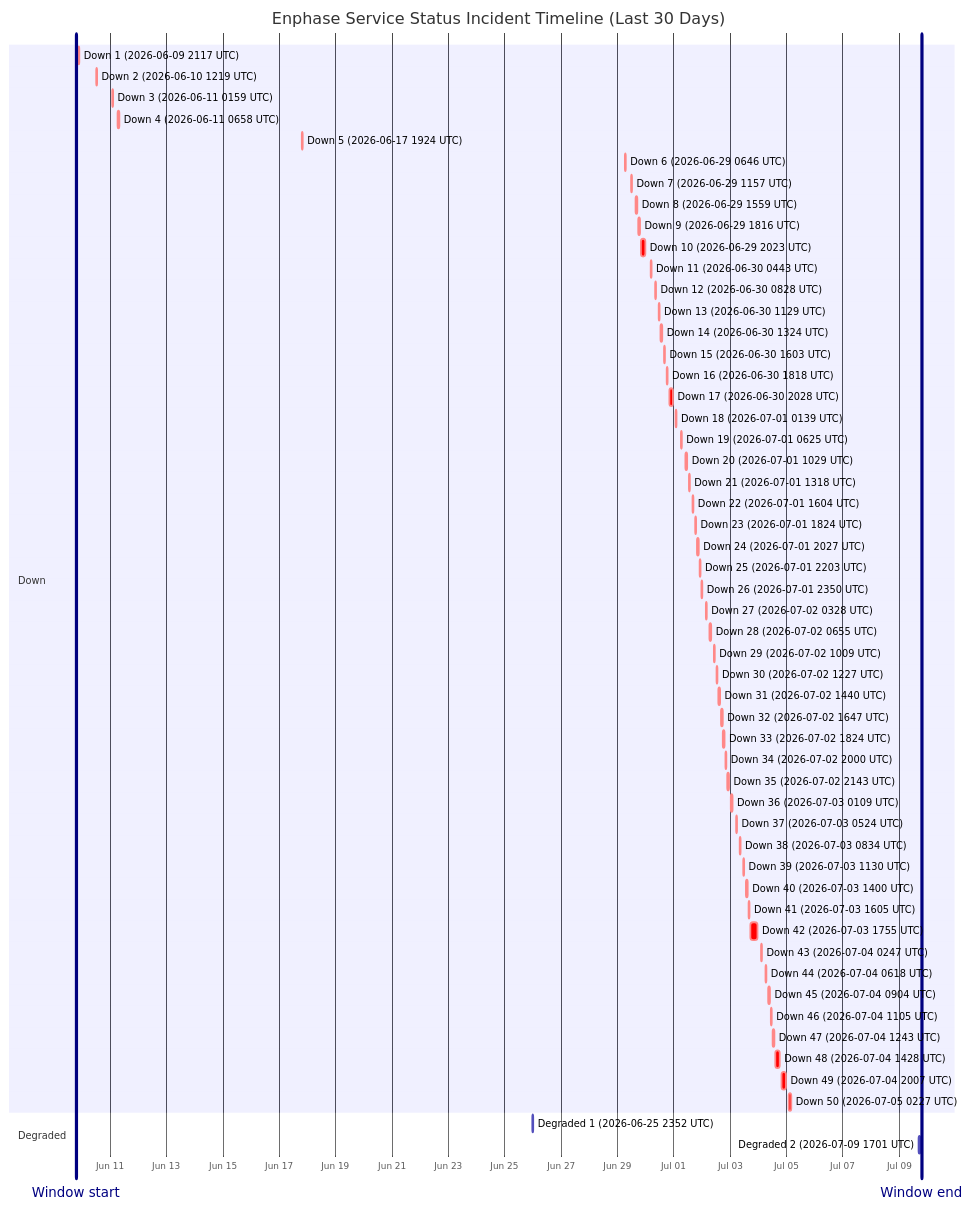
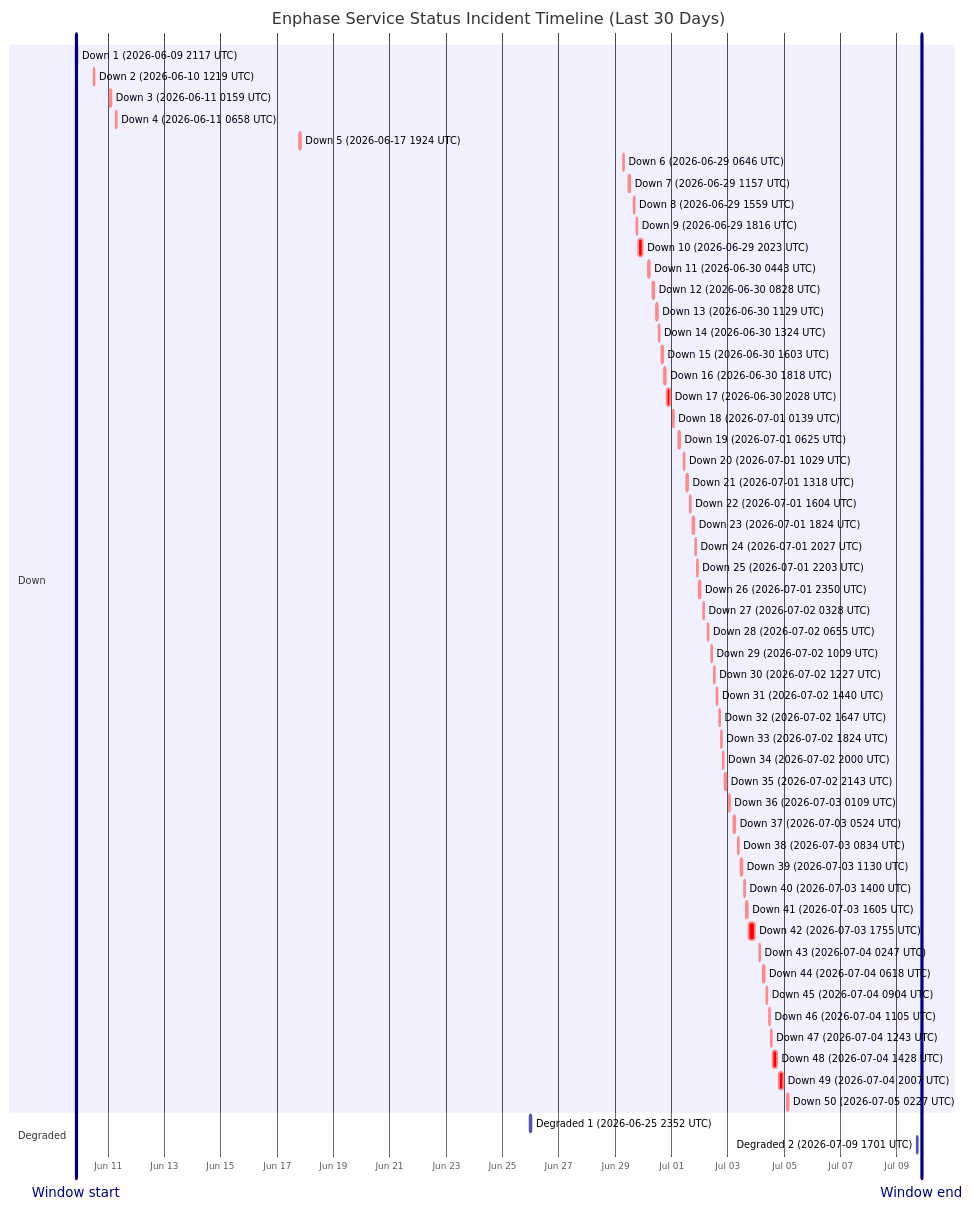
One commit to barneyonline/ha-enphase-energy changed the diagram in wiki/Service-Status-History.md. Above: the diagram before and after it, drawn with Mermaid. The commit also changed other lines of this file and 3 other files, not shown here.

````diff
--- a/wiki/Service-Status-History.md
+++ b/wiki/Service-Status-History.md
@@ -14,62 +14,62 @@
 ```mermaid
 gantt
     title Enphase Service Status Incident Timeline (Last 30 Days)
     dateFormat  YYYY-MM-DDTHH:mm:ss
     axisFormat  %b %d
-    Window start :vert, window-start, 2026-06-09T19:07:11, 0ms
-    Window end :vert, window-end, 2026-07-09T19:07:11, 0ms
+    Window start :vert, window-start, 2026-06-09T21:02:42, 0ms
+    Window end :vert, window-end, 2026-07-09T21:02:42, 0ms
     section Down
     Down 1 (2026-06-09 2117 UTC) :crit, down-1, 2026-06-09T21:17:17, 60m
     Down 2 (2026-06-10 1219 UTC) :crit, down-2, 2026-06-10T12:19:21, 60m
     Down 3 (2026-06-11 0159 UTC) :crit, down-3, 2026-06-11T01:59:36, 60m
     Down 4 (2026-06-11 0658 UTC) :crit, down-4, 2026-06-11T06:58:45, 60m
     Down 5 (2026-06-17 1924 UTC) :crit, down-5, 2026-06-17T19:24:51, 60m
     Down 6 (2026-06-29 0646 UTC) :crit, down-6, 2026-06-29T06:46:18, 60m
     Down 7 (2026-06-29 1157 UTC) :crit, down-7, 2026-06-29T11:57:36, 60m
     Down 8 (2026-06-29 1559 UTC) :crit, down-8, 2026-06-29T15:59:02, 60m
     Down 9 (2026-06-29 1816 UTC) :crit, down-9, 2026-06-29T18:16:38, 60m
     Down 10 (2026-06-29 2023 UTC) :crit, down-10, 2026-06-29T20:23:16, 220m
     Down 11 (2026-06-30 0443 UTC) :crit, down-11, 2026-06-30T04:43:54, 60m
     Down 12 (2026-06-30 0828 UTC) :crit, down-12, 2026-06-30T08:28:43, 60m
     Down 13 (2026-06-30 1129 UTC) :crit, down-13, 2026-06-30T11:29:15, 60m
     Down 14 (2026-06-30 1324 UTC) :crit, down-14, 2026-06-30T13:24:25, 60m
     Down 15 (2026-06-30 1603 UTC) :crit, down-15, 2026-06-30T16:03:26, 60m
     Down 16 (2026-06-30 1818 UTC) :crit, down-16, 2026-06-30T18:18:39, 60m
     Down 17 (2026-06-30 2028 UTC) :crit, down-17, 2026-06-30T20:28:54, 171m
     Down 18 (2026-07-01 0139 UTC) :crit, down-18, 2026-07-01T01:39:18, 60m
     Down 19 (2026-07-01 0625 UTC) :crit, down-19, 2026-07-01T06:25:35, 60m
     Down 20 (2026-07-01 1029 UTC) :crit, down-20, 2026-07-01T10:29:24, 60m
     Down 21 (2026-07-01 1318 UTC) :crit, down-21, 2026-07-01T13:18:31, 60m
     Down 22 (2026-07-01 1604 UTC) :crit, down-22, 2026-07-01T16:04:29, 60m
     Down 23 (2026-07-01 1824 UTC) :crit, down-23, 2026-07-01T18:24:21, 60m
     Down 24 (2026-07-01 2027 UTC) :crit, down-24, 2026-07-01T20:27:17, 60m
     Down 25 (2026-07-01 2203 UTC) :crit, down-25, 2026-07-01T22:03:46, 60m
     Down 26 (2026-07-01 2350 UTC) :crit, down-26, 2026-07-01T23:50:52, 60m
     Down 27 (2026-07-02 0328 UTC) :crit, down-27, 2026-07-02T03:28:33, 60m
     Down 28 (2026-07-02 0655 UTC) :crit, down-28, 2026-07-02T06:55:07, 60m
     Down 29 (2026-07-02 1009 UTC) :crit, down-29, 2026-07-02T10:09:15, 60m
     Down 30 (2026-07-02 1227 UTC) :crit, down-30, 2026-07-02T12:27:49, 60m
     Down 31 (2026-07-02 1440 UTC) :crit, down-31, 2026-07-02T14:40:53, 60m
     Down 32 (2026-07-02 1647 UTC) :crit, down-32, 2026-07-02T16:47:47, 60m
     Down 33 (2026-07-02 1824 UTC) :crit, down-33, 2026-07-02T18:24:26, 60m
     Down 34 (2026-07-02 2000 UTC) :crit, down-34, 2026-07-02T20:00:57, 60m
     Down 35 (2026-07-02 2143 UTC) :crit, down-35, 2026-07-02T21:43:52, 80m
     Down 36 (2026-07-03 0109 UTC) :crit, down-36, 2026-07-03T01:09:19, 60m
     Down 37 (2026-07-03 0524 UTC) :crit, down-37, 2026-07-03T05:24:23, 60m
     Down 38 (2026-07-03 0834 UTC) :crit, down-38, 2026-07-03T08:34:05, 60m
     Down 39 (2026-07-03 1130 UTC) :crit, down-39, 2026-07-03T11:30:41, 60m
     Down 40 (2026-07-03 1400 UTC) :crit, down-40, 2026-07-03T14:00:48, 60m
     Down 41 (2026-07-03 1605 UTC) :crit, down-41, 2026-07-03T16:05:49, 60m
     Down 42 (2026-07-03 1755 UTC) :crit, down-42, 2026-07-03T17:55:54, 338m
     Down 43 (2026-07-04 0247 UTC) :crit, down-43, 2026-07-04T02:47:22, 60m
     Down 44 (2026-07-04 0618 UTC) :crit, down-44, 2026-07-04T06:18:09, 60m
     Down 45 (2026-07-04 0904 UTC) :crit, down-45, 2026-07-04T09:04:41, 60m
     Down 46 (2026-07-04 1105 UTC) :crit, down-46, 2026-07-04T11:05:21, 60m
     Down 47 (2026-07-04 1243 UTC) :crit, down-47, 2026-07-04T12:43:25, 60m
     Down 48 (2026-07-04 1428 UTC) :crit, down-48, 2026-07-04T14:28:07, 243m
     Down 49 (2026-07-04 2007 UTC) :crit, down-49, 2026-07-04T20:07:50, 206m
     Down 50 (2026-07-05 0227 UTC) :crit, down-50, 2026-07-05T02:27:32, 109m
     section Degraded
     Degraded 1 (2026-06-25 2352 UTC) :active, degraded-1, 2026-06-25T23:52:01, 60m
     Degraded 2 (2026-07-09 1701 UTC) :active, degraded-2, 2026-07-09T17:01:02, 60m
 ```
````
